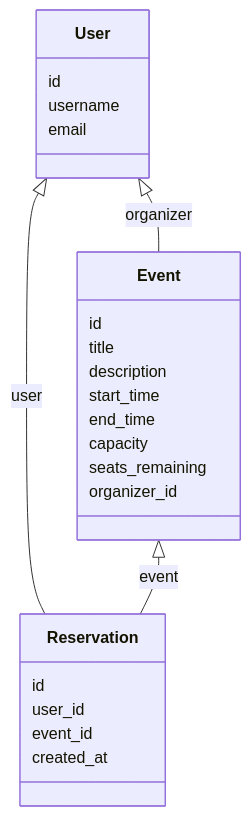
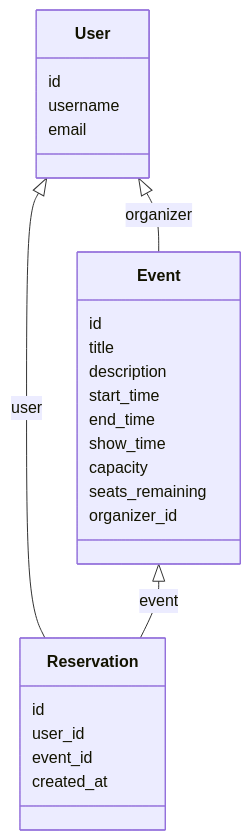
Before and after one commit to rishiqwerty/event-management-backend: the diagram in README.md, drawn with Mermaid. The commit also changed other lines of this file and 29 other files, not shown here.

````diff
--- a/README.md
+++ b/README.md
@@ -28,30 +28,31 @@
 ```mermaid
 classDiagram
     User <|-- Event : organizer
     User <|-- Reservation : user
     Event <|-- Reservation : event
 
     class User {
         id
         username
         email
     }
 
     class Event {
         id
         title
         description
         start_time
         end_time
+        show_time
         capacity
         seats_remaining
         organizer_id
     }
 
     class Reservation {
         id
         user_id
         event_id
         created_at
     }
 ```
````
